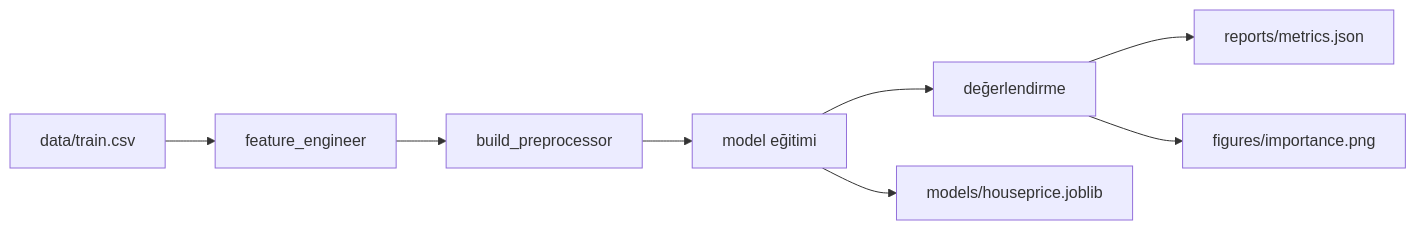
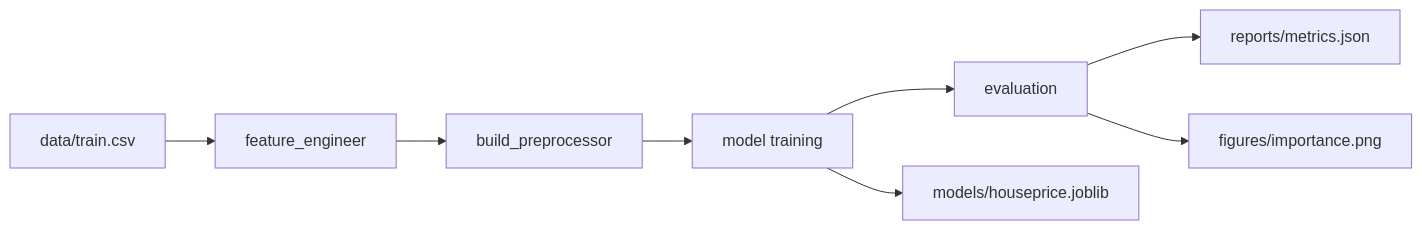
One commit to 4F71/HousePrices-ML-Pipeline changed the diagram in README.md. Above: the diagram before and after it, drawn with Mermaid. The commit also changed other lines of this file, not shown here.

````diff
--- a/README.md
+++ b/README.md
@@ -153,10 +152,10 @@
 ```mermaid
 graph LR
     A[data/train.csv] --> B[feature_engineer]
     B --> C[build_preprocessor]
-    C --> D[model eğitimi]
-    D --> E[değerlendirme]
+    C --> D[model training]
+    D --> E[evaluation]
     E --> F[reports/metrics.json]
     E --> G[figures/importance.png]
     D --> H[models/houseprice.joblib]
 ```
````
